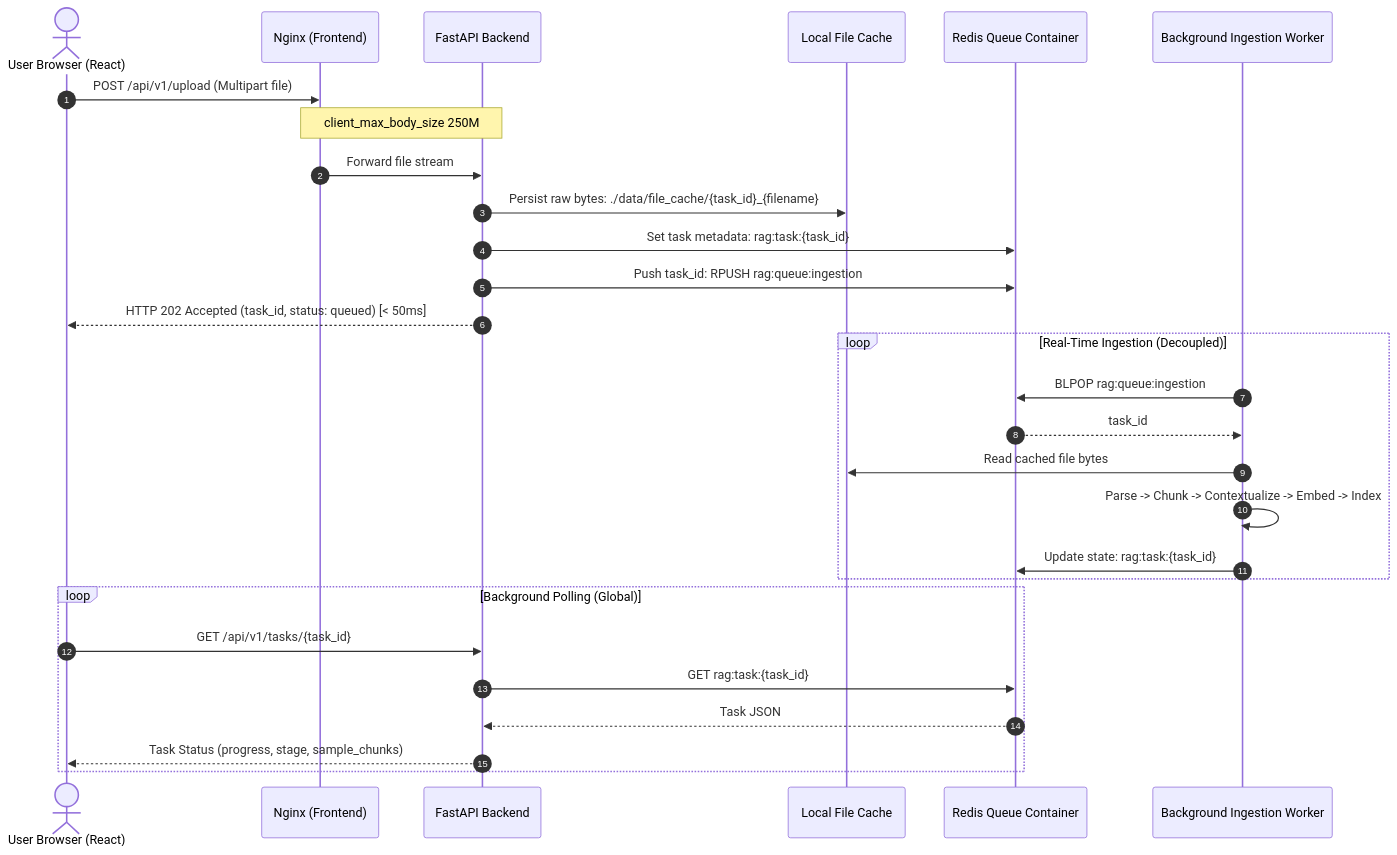
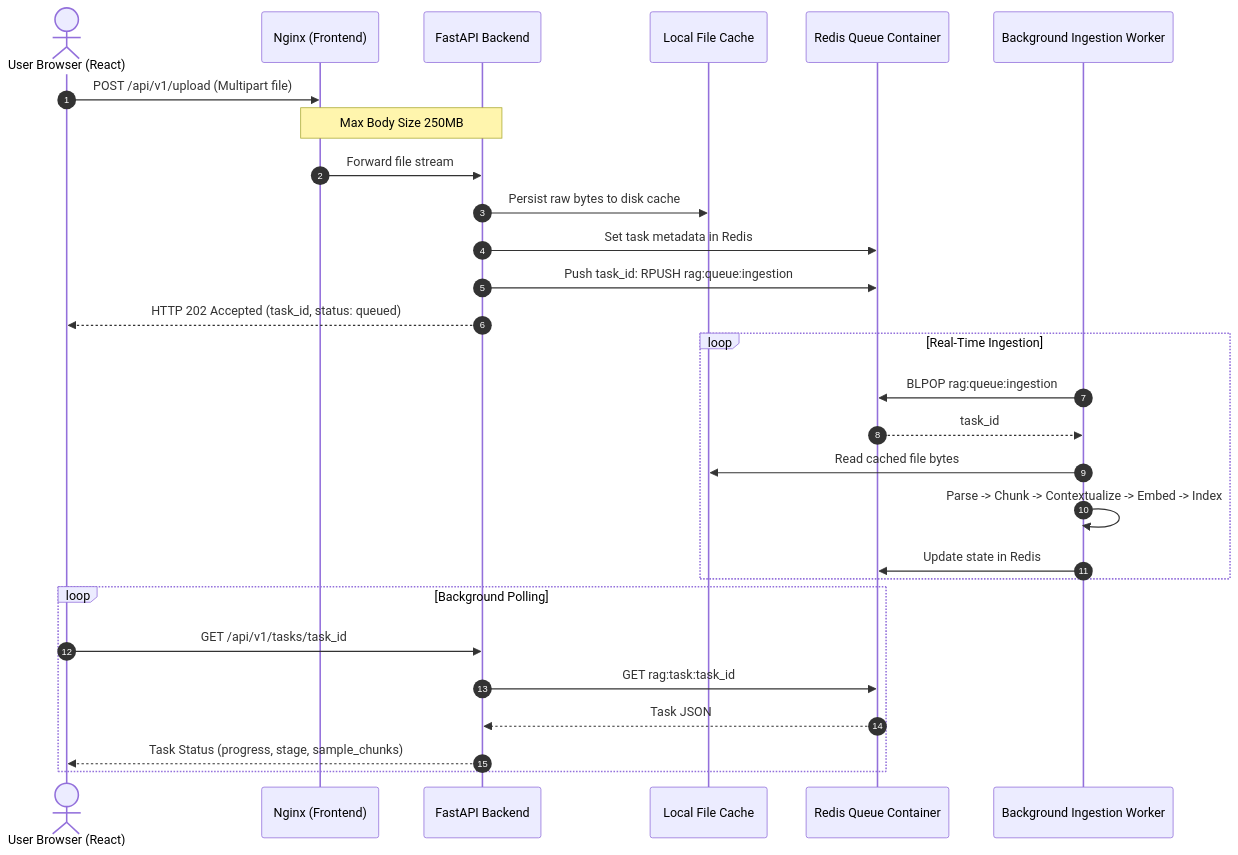
One commit to sprproductivity-png/RAG changed the fourth of 5 diagrams in walkthrough.md. Above: the diagram before and after it, drawn with Mermaid. The commit also changed other lines of this file, not shown here.

````diff
--- a/walkthrough.md
+++ b/walkthrough.md
@@ -285,33 +285,33 @@
 ```mermaid
 sequenceDiagram
     autonumber
     actor User as User Browser (React)
     participant Nginx as Nginx (Frontend)
     participant API as FastAPI Backend
     participant Disk as Local File Cache
     participant Redis as Redis Queue Container
     participant Worker as Background Ingestion Worker
 
     User->>Nginx: POST /api/v1/upload (Multipart file)
-    Note over Nginx,API: client_max_body_size 250M
+    Note over Nginx,API: Max Body Size 250MB
     Nginx->>API: Forward file stream
-    API->>Disk: Persist raw bytes: ./data/file_cache/{task_id}_{filename}
-    API->>Redis: Set task metadata: rag:task:{task_id}
+    API->>Disk: Persist raw bytes to disk cache
+    API->>Redis: Set task metadata in Redis
     API->>Redis: Push task_id: RPUSH rag:queue:ingestion
-    API-->>User: HTTP 202 Accepted (task_id, status: queued) [< 50ms]
+    API-->>User: HTTP 202 Accepted (task_id, status: queued)
     
-    loop Real-Time Ingestion (Decoupled)
+    loop Real-Time Ingestion
         Worker->>Redis: BLPOP rag:queue:ingestion
         Redis-->>Worker: task_id
         Worker->>Disk: Read cached file bytes
         Worker->>Worker: Parse -> Chunk -> Contextualize -> Embed -> Index
-        Worker->>Redis: Update state: rag:task:{task_id}
+        Worker->>Redis: Update state in Redis
     end
 
-    loop Background Polling (Global)
-        User->>API: GET /api/v1/tasks/{task_id}
-        API->>Redis: GET rag:task:{task_id}
+    loop Background Polling
+        User->>API: GET /api/v1/tasks/task_id
+        API->>Redis: GET rag:task:task_id
         Redis-->>API: Task JSON
         API-->>User: Task Status (progress, stage, sample_chunks)
     end
 ```
````
